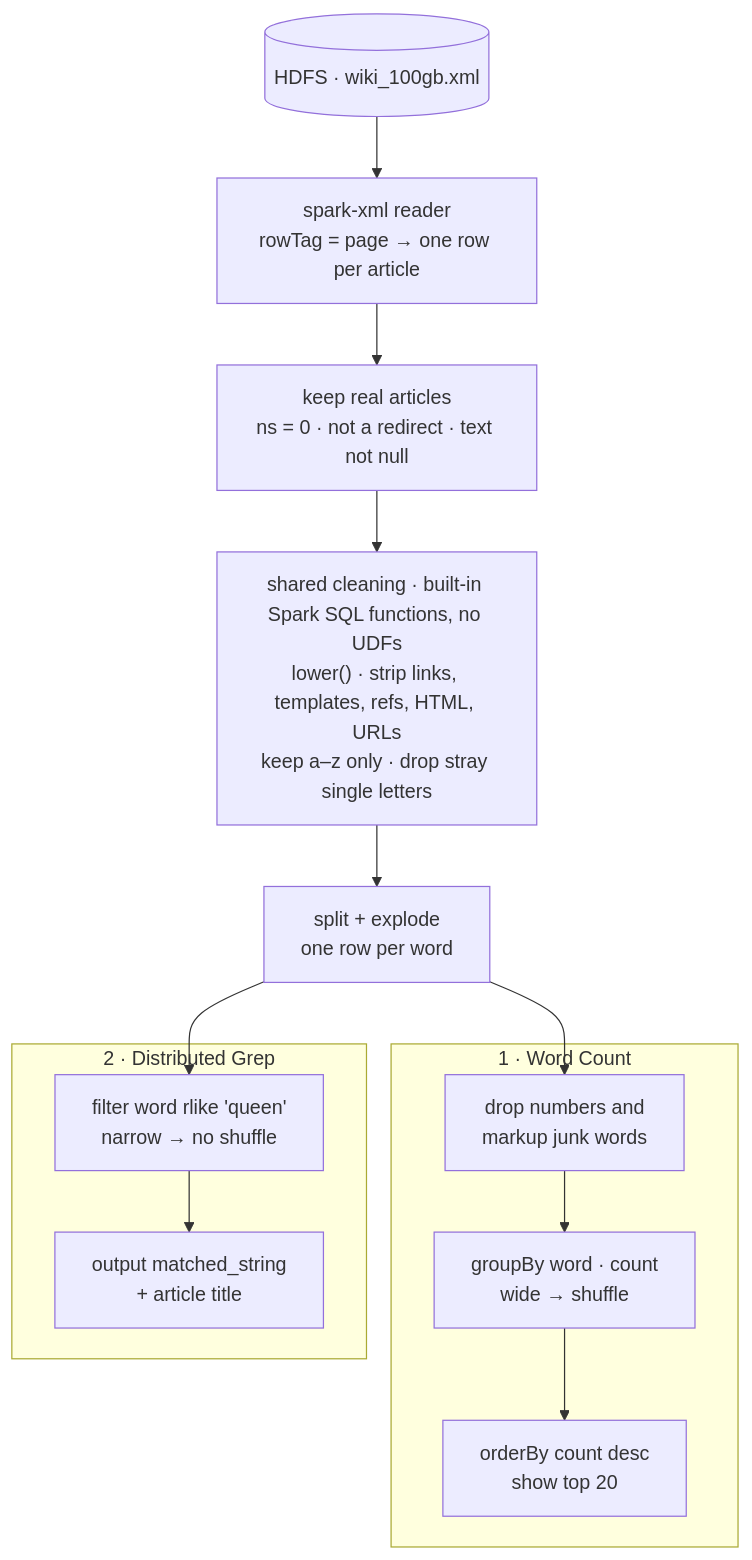
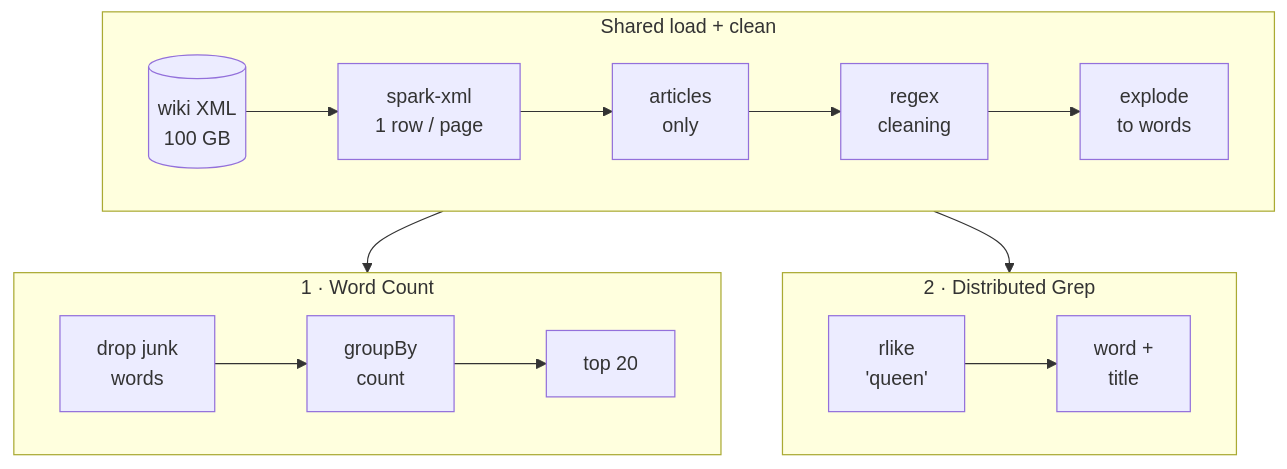
One commit to Arbzzz04/spark-massive-scale-analytics changed the sixth of 8 diagrams in README.md. Above: the diagram before and after it, drawn with Mermaid. The commit also changed other lines of this file, not shown here.

First line of the commit message:
Split README diagrams into compact, wide segments

````diff
--- a/README.md
+++ b/README.md
@@ -167,22 +150,17 @@
 ```mermaid
-flowchart TD
-    W0[("HDFS · wiki_100gb.xml")] --> W1["spark-xml reader<br/>rowTag = page → one row per article"]
-    W1 --> W2["keep real articles<br/>ns = 0 · not a redirect · text not null"]
-    W2 --> W3["shared cleaning · built-in Spark SQL functions, no UDFs<br/>lower() · strip links, templates, refs, HTML, URLs<br/>keep a–z only · drop stray single letters"]
-    W3 --> W4["split + explode<br/>one row per word"]
-    W4 --> C1["drop numbers and<br/>markup junk words"]
-    C1 --> C2["groupBy word · count<br/>wide → shuffle"]
-    C2 --> C3["orderBy count desc<br/>show top 20"]
-    W4 --> G1["filter word rlike 'queen'<br/>narrow → no shuffle"]
-    G1 --> G2["output matched_string<br/>+ article title"]
-
+flowchart TB
+    subgraph PREP["Shared load + clean"]
+        direction LR
+        W0[("wiki XML<br/>100 GB")] --> W1["spark-xml<br/>1 row / page"] --> W2["articles<br/>only"] --> W3["regex<br/>cleaning"] --> W4["explode<br/>to words"]
+    end
     subgraph WC["1 · Word Count"]
-        C1
-        C2
-        C3
+        direction LR
+        C1["drop junk<br/>words"] --> C2["groupBy<br/>count"] --> C3["top 20"]
     end
     subgraph GR["2 · Distributed Grep"]
-        G1
-        G2
+        direction LR
+        G1["rlike<br/>'queen'"] --> G2["word +<br/>title"]
     end
+    PREP --> WC
+    PREP --> GR
 ```
````
